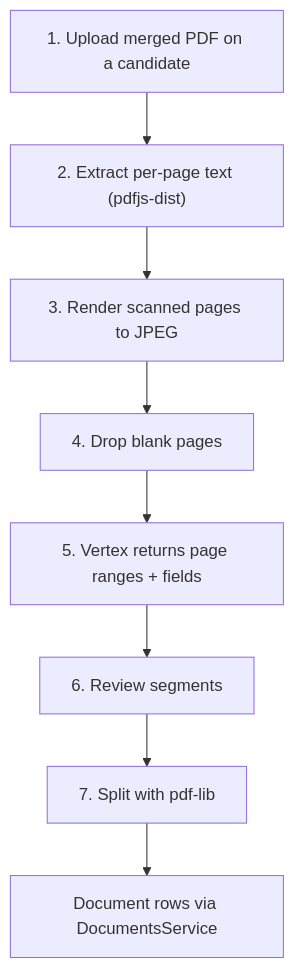
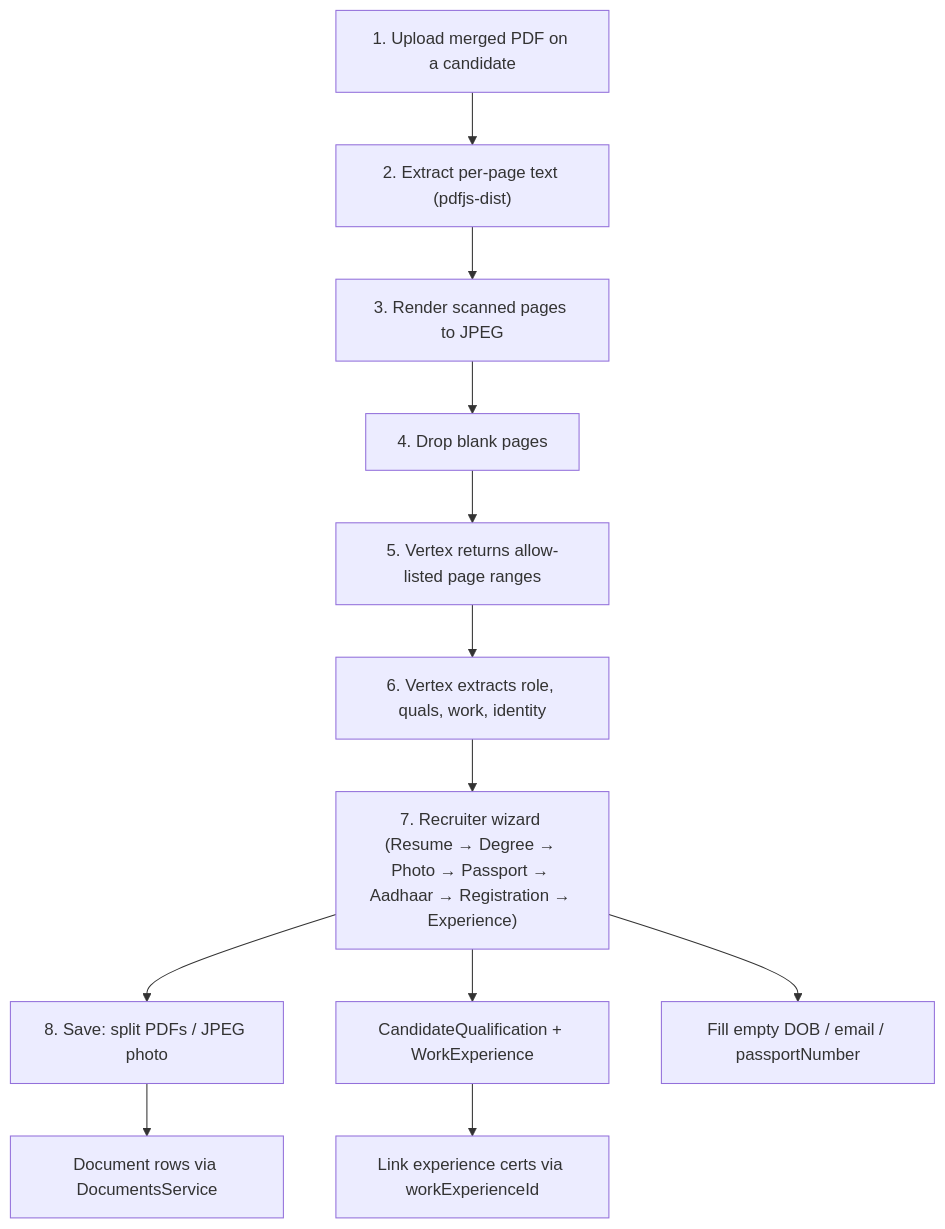
The second of 2 diagrams in docs/CANDIDATE_EXCEL_IMPORT.md (NUAM-ENTERPRISES/rms), drawn with Mermaid before and after one commit. The commit also changed other lines of this file and 30 other files, not shown here.

````diff
--- a/docs/CANDIDATE_EXCEL_IMPORT.md
+++ b/docs/CANDIDATE_EXCEL_IMPORT.md
@@ -113,10 +113,14 @@
 ```mermaid
 flowchart TD
     A["1. Upload merged PDF on a candidate"] --> B["2. Extract per-page text (pdfjs-dist)"]
     B --> C["3. Render scanned pages to JPEG"]
     C --> D["4. Drop blank pages"]
-    D --> E["5. Vertex returns page ranges + fields"]
-    E --> F["6. Review segments"]
-    F --> G["7. Split with pdf-lib"]
-    G --> H["Document rows via DocumentsService"]
+    D --> E["5. Vertex returns allow-listed page ranges"]
+    E --> F["6. Vertex extracts role, quals, work, identity"]
+    F --> G["7. Recruiter wizard (Resume → Degree → Photo → Passport → Aadhaar → Registration → Experience)"]
+    G --> H["8. Save: split PDFs / JPEG photo"]
+    H --> I["Document rows via DocumentsService"]
+    G --> J["CandidateQualification + WorkExperience"]
+    J --> K["Link experience certs via workExperienceId"]
+    G --> L["Fill empty DOB / email / passportNumber"]
 ```
````
